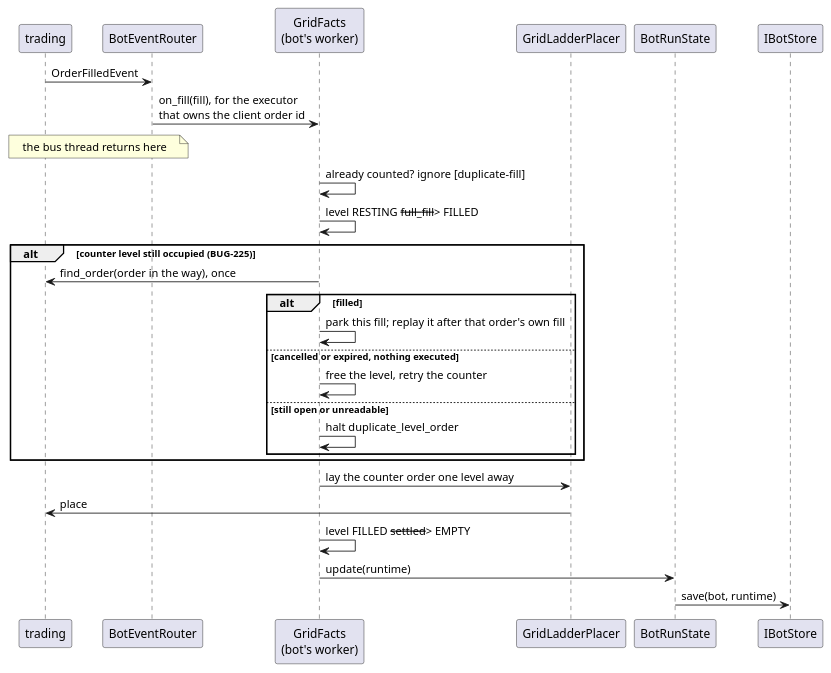
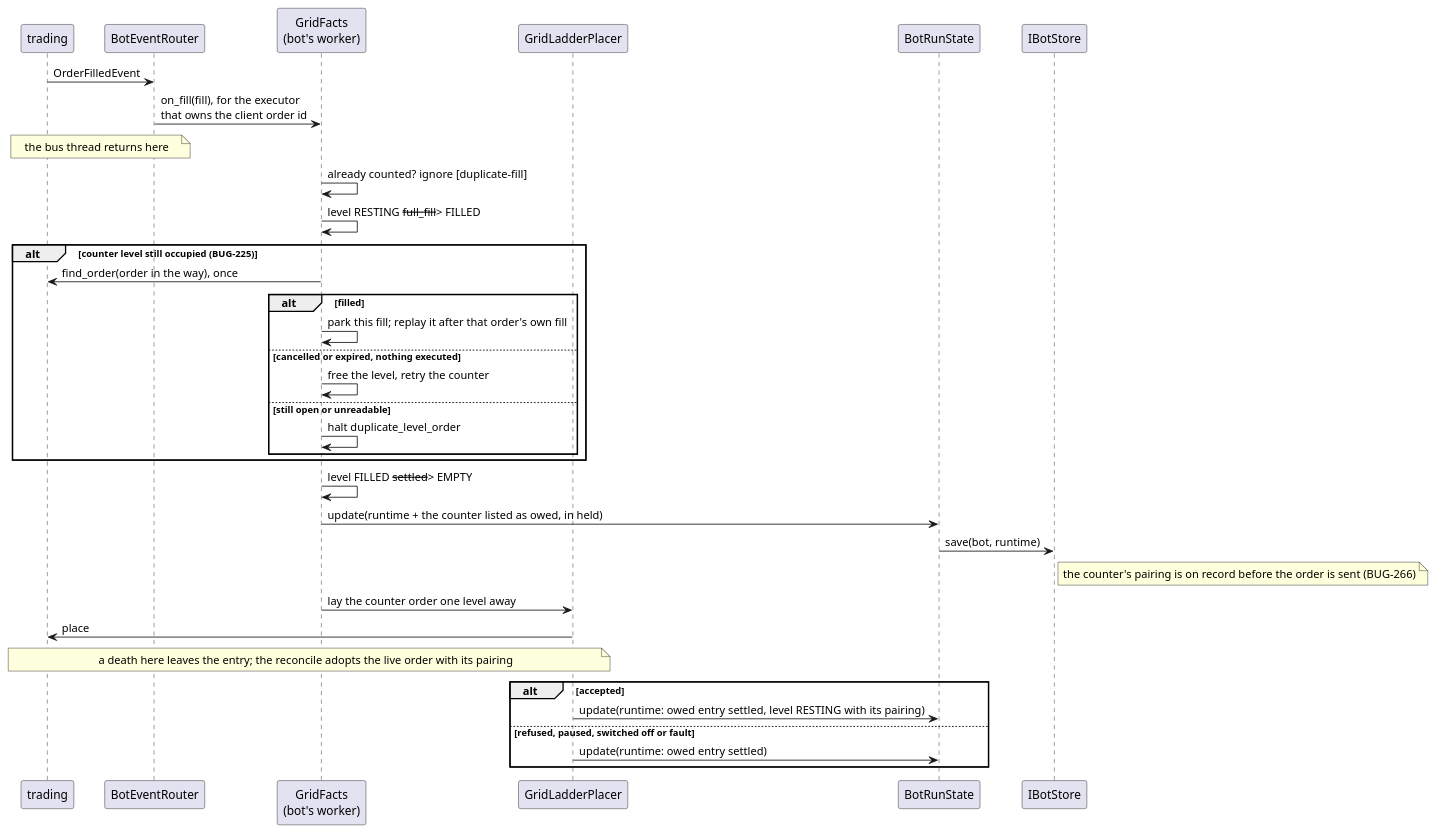
One commit to anhembedded/Sagittarius_Elite_Warrior changed the diagram in Docs/MODULES/bots/diagrams/06-fill.puml. Above: the diagram before and after it, drawn with PlantUML. The commit also changed 41 other files, not shown here.

```diff
--- a/Docs/MODULES/bots/diagrams/06-fill.puml
+++ b/Docs/MODULES/bots/diagrams/06-fill.puml
@@ -3,29 +3,36 @@
 @startuml 06-fill
 participant trading as T
 participant BotEventRouter as RT
 participant "GridFacts\n(bot's worker)" as F
 participant GridLadderPlacer as L
 participant BotRunState as S
 participant IBotStore as ST
 
 T -> RT : OrderFilledEvent
 RT -> F : on_fill(fill), for the executor\nthat owns the client order id
 note over T, RT : the bus thread returns here
 F -> F : already counted? ignore [duplicate-fill]
 F -> F : level RESTING --full_fill--> FILLED
 alt counter level still occupied (BUG-225)
   F -> T : find_order(order in the way), once
   alt filled
     F -> F : park this fill; replay it after that order's own fill
   else cancelled or expired, nothing executed
     F -> F : free the level, retry the counter
   else still open or unreadable
     F -> F : halt duplicate_level_order
   end
 end
+F -> F : level FILLED --settled--> EMPTY
+F -> S : update(runtime + the counter listed as owed, in held)
+S -> ST : save(bot, runtime)
+note right of ST : the counter's pairing is on record before the order is sent (BUG-266)
 F -> L : lay the counter order one level away
 L -> T : place
-F -> F : level FILLED --settled--> EMPTY
-F -> S : update(runtime)
-S -> ST : save(bot, runtime)
+note over L, T : a death here leaves the entry; the reconcile adopts the live order with its pairing
+alt accepted
+  L -> S : update(runtime: owed entry settled, level RESTING with its pairing)
+else refused, paused, switched off or fault
+  L -> S : update(runtime: owed entry settled)
+end
 @enduml
```
